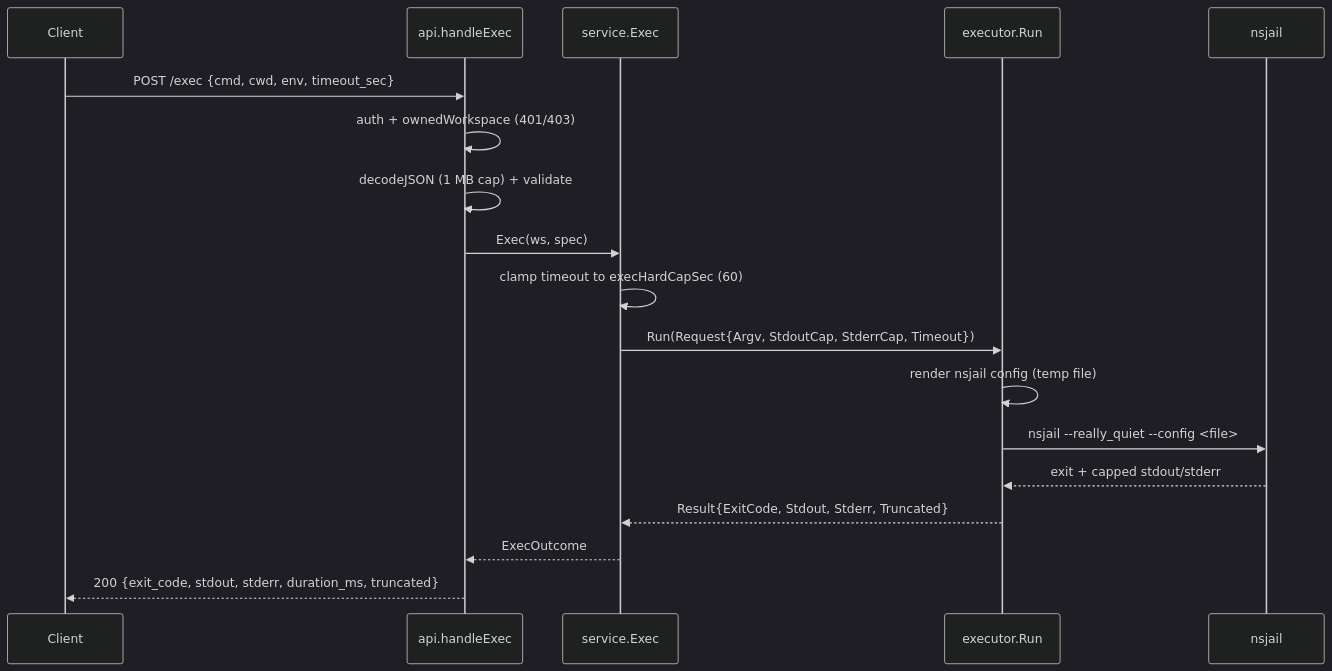
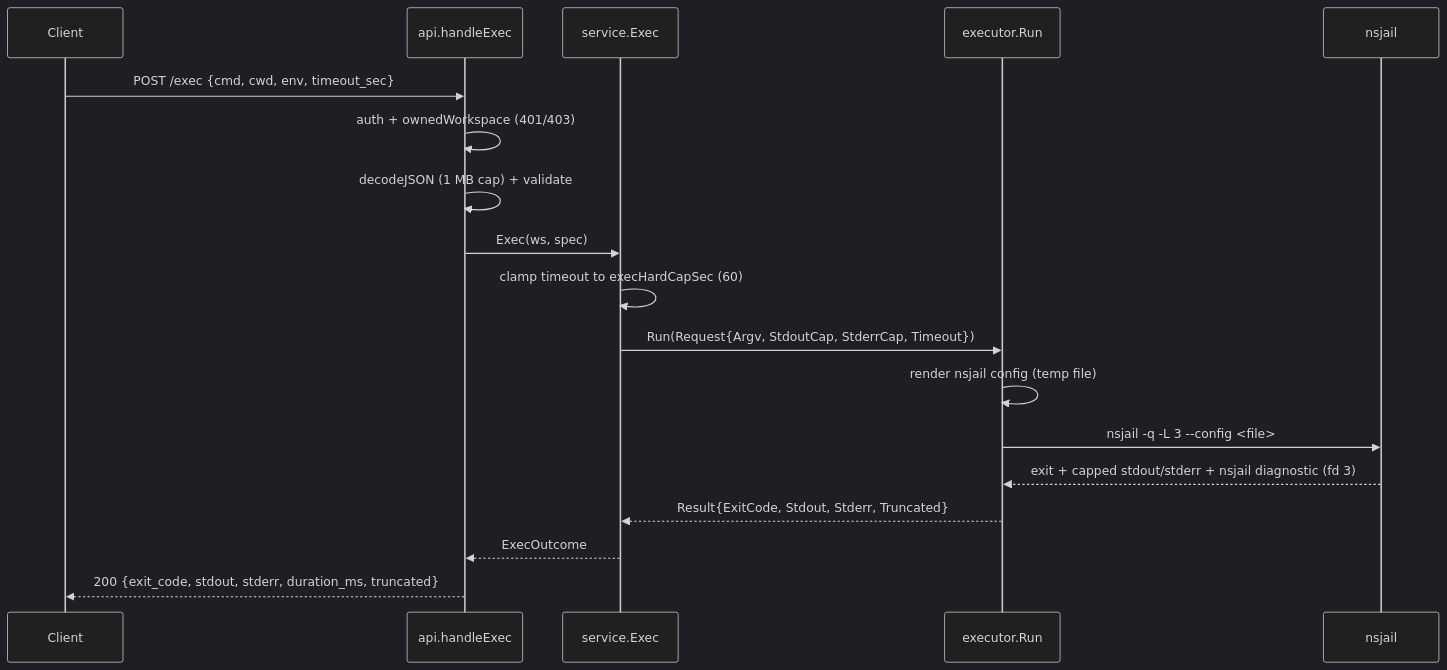
Before and after one commit to M3-mo2/cloud-service: the fourth of 14 diagrams in docs/ARCHITECTURE.md, drawn with Mermaid (dark theme). The commit also changed other lines of this file and 6 other files, not shown here.

First line of the commit message:
docs: align architecture, spec, API and verification with the fixes

````diff
--- a/docs/ARCHITECTURE.md
+++ b/docs/ARCHITECTURE.md
@@ -188,21 +188,21 @@
 ```mermaid
 sequenceDiagram
     participant C as Client
     participant API as api.handleExec
     participant SVC as service.Exec
     participant EX as executor.Run
     participant N as nsjail
 
     C->>API: POST /exec {cmd, cwd, env, timeout_sec}
     API->>API: auth + ownedWorkspace (401/403)
     API->>API: decodeJSON (1 MB cap) + validate
     API->>SVC: Exec(ws, spec)
     SVC->>SVC: clamp timeout to execHardCapSec (60)
     SVC->>EX: Run(Request{Argv, StdoutCap, StderrCap, Timeout})
     EX->>EX: render nsjail config (temp file)
-    EX->>N: nsjail --really_quiet --config <file>
-    N-->>EX: exit + capped stdout/stderr
+    EX->>N: nsjail -q -L 3 --config <file>
+    N-->>EX: exit + capped stdout/stderr + nsjail diagnostic (fd 3)
     EX-->>SVC: Result{ExitCode, Stdout, Stderr, Truncated}
     SVC-->>API: ExecOutcome
     API-->>C: 200 {exit_code, stdout, stderr, duration_ms, truncated}
 ```
````
